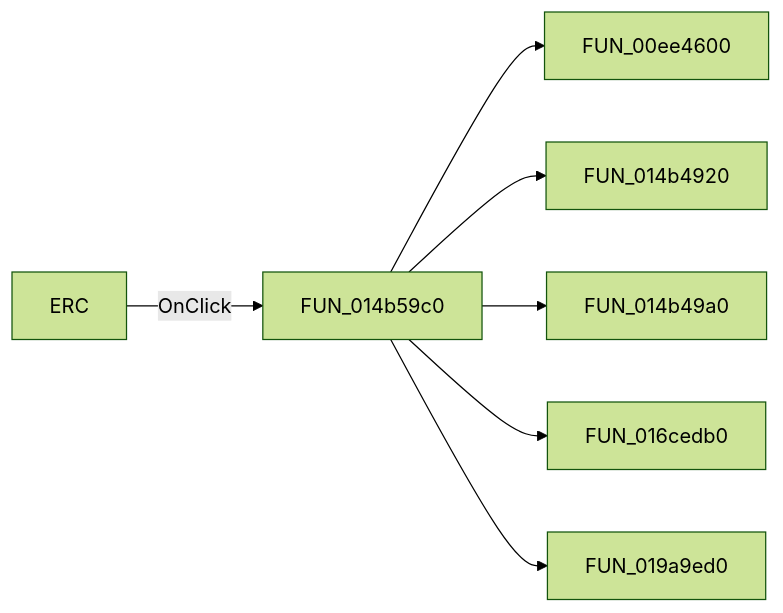
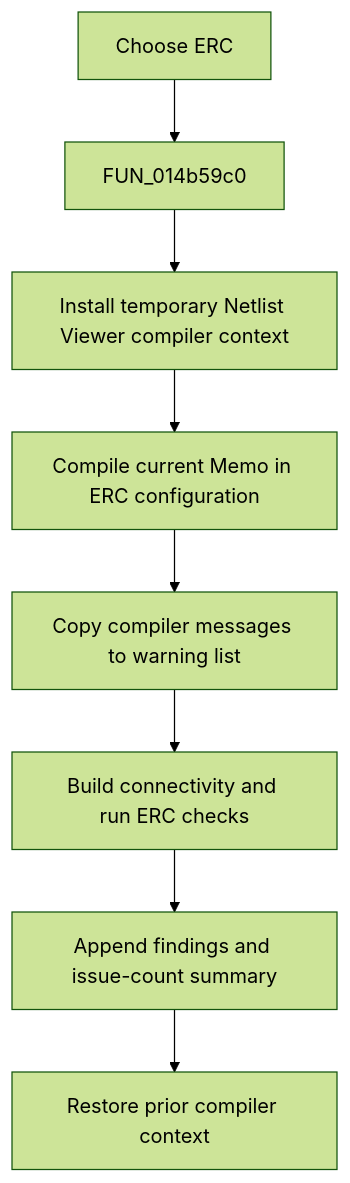
Before and after one commit to MovGP0/TIARA: the diagram in docs/ui-controls/netlistviewer/mierc-2d8032c946.md, drawn with Mermaid (forest theme). The commit also changed other lines of this file and 1062 other files, not shown here.

````diff
--- a/docs/ui-controls/netlistviewer/mierc-2d8032c946.md
+++ b/docs/ui-controls/netlistviewer/mierc-2d8032c946.md
@@ -27,9 +27,10 @@
 ```mermaid
-flowchart LR
-    control["ERC"] -->|OnClick| handler["FUN_014b59c0"]
-    handler --> call1["FUN_00ee4600"]
-    handler --> call2["FUN_014b4920"]
-    handler --> call3["FUN_014b49a0"]
-    handler --> call4["FUN_016cedb0"]
-    handler --> call5["FUN_019a9ed0"]
+flowchart TD
+    control["Choose ERC"] --> handler["FUN_014b59c0"]
+    handler --> context["Install temporary Netlist Viewer compiler context"]
+    context --> compile["Compile current Memo in ERC configuration"]
+    compile --> messages["Copy compiler messages to warning list"]
+    messages --> erc["Build connectivity and run ERC checks"]
+    erc --> summary["Append findings and issue-count summary"]
+    summary --> restore["Restore prior compiler context"]
 ```
````
